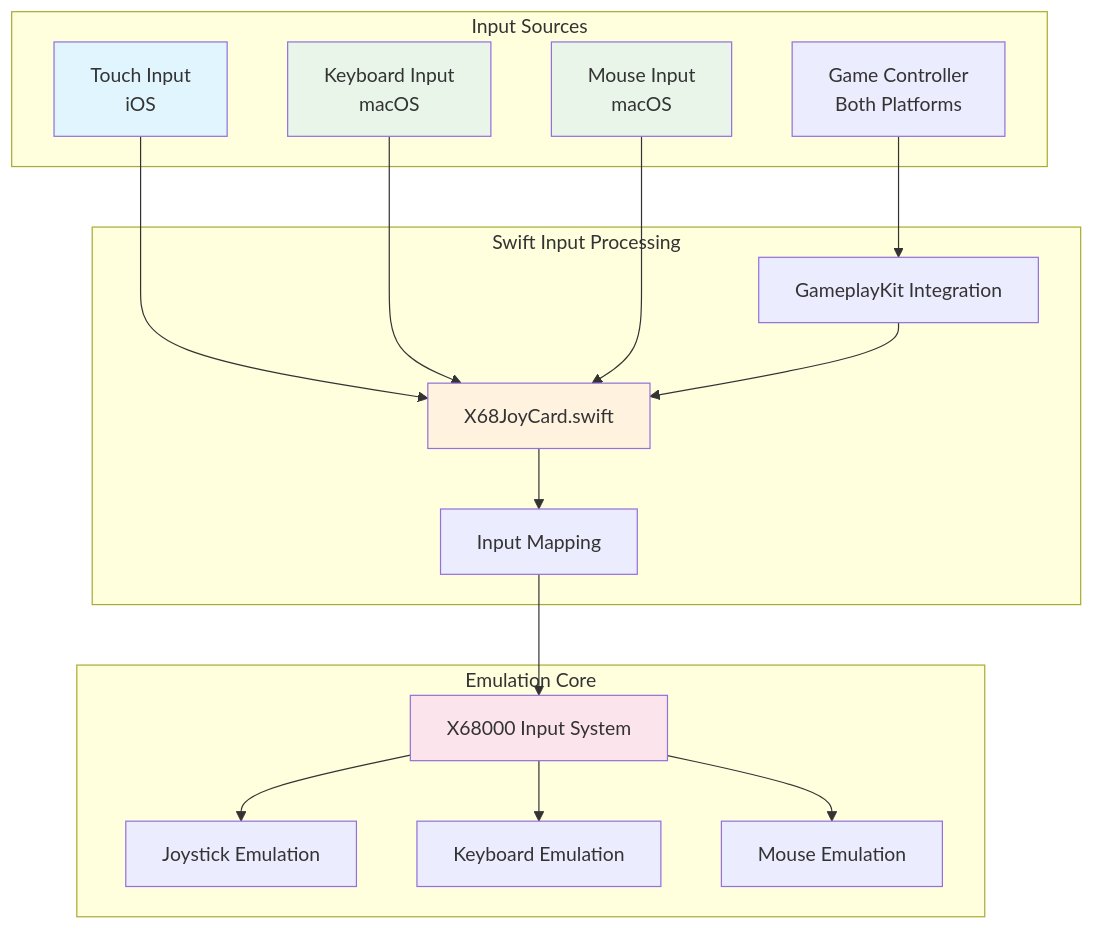
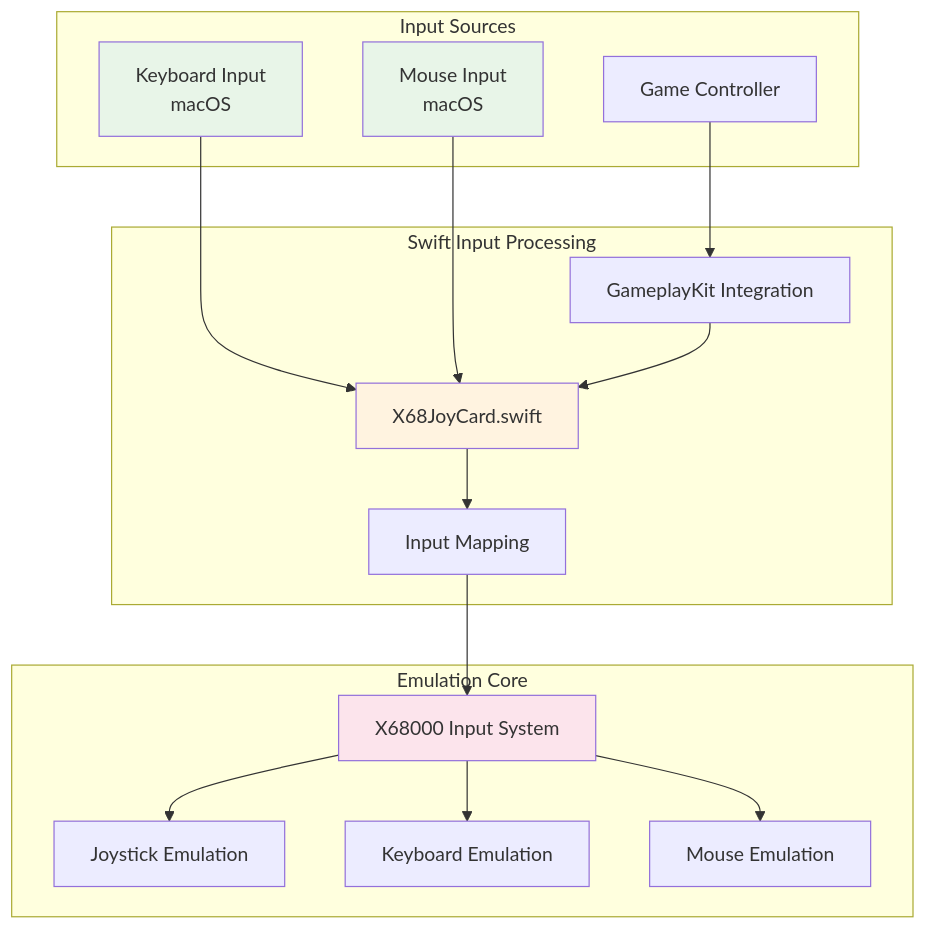
The sixth of 8 diagrams in ARCHITECTURE.md (YosAwed/MPX68K), drawn with Mermaid before and after one commit. The commit also changed other lines of this file and 5 other files, not shown here.

````diff
--- a/ARCHITECTURE.md
+++ b/ARCHITECTURE.md
@@ -210,41 +210,38 @@
 ```mermaid
 graph TB
     subgraph "Input Sources"
-        Touch[Touch Input<br/>iOS]
         Keyboard[Keyboard Input<br/>macOS]
         Mouse[Mouse Input<br/>macOS]
-        GameController[Game Controller<br/>Both Platforms]
+        GameController[Game Controller]
     end
     
     subgraph "Swift Input Processing"
         JoyCard[X68JoyCard.swift]
         InputMapper[Input Mapping]
         GameplayKit[GameplayKit Integration]
     end
     
     subgraph "Emulation Core"
         X68KInput[X68000 Input System]
         JoyStick[Joystick Emulation]
         KeyboardEmu[Keyboard Emulation]
         MouseEmu[Mouse Emulation]
     end
     
-    Touch --> JoyCard
     Keyboard --> JoyCard
     Mouse --> JoyCard
     GameController --> GameplayKit
     GameplayKit --> JoyCard
     
     JoyCard --> InputMapper
     InputMapper --> X68KInput
     
     X68KInput --> JoyStick
     X68KInput --> KeyboardEmu
     X68KInput --> MouseEmu
     
-    style Touch fill:#e1f5fe
     style Keyboard fill:#e8f5e8
     style Mouse fill:#e8f5e8
     style JoyCard fill:#fff3e0
     style X68KInput fill:#fce4ec
 ```
````
